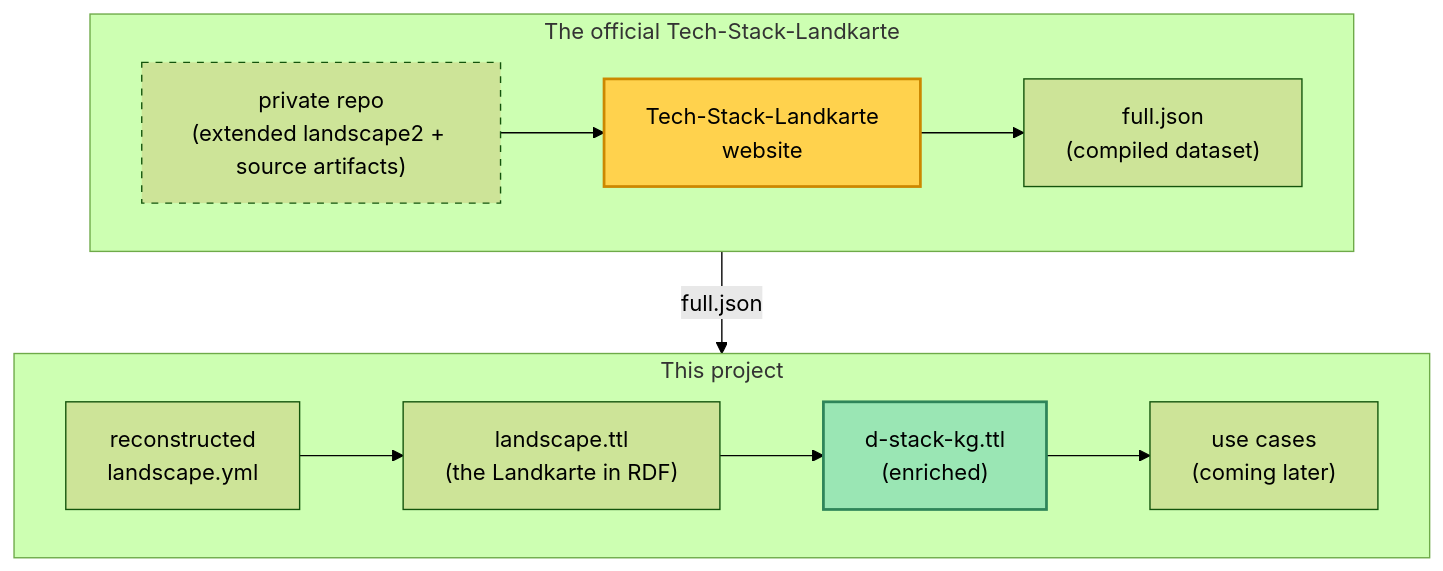
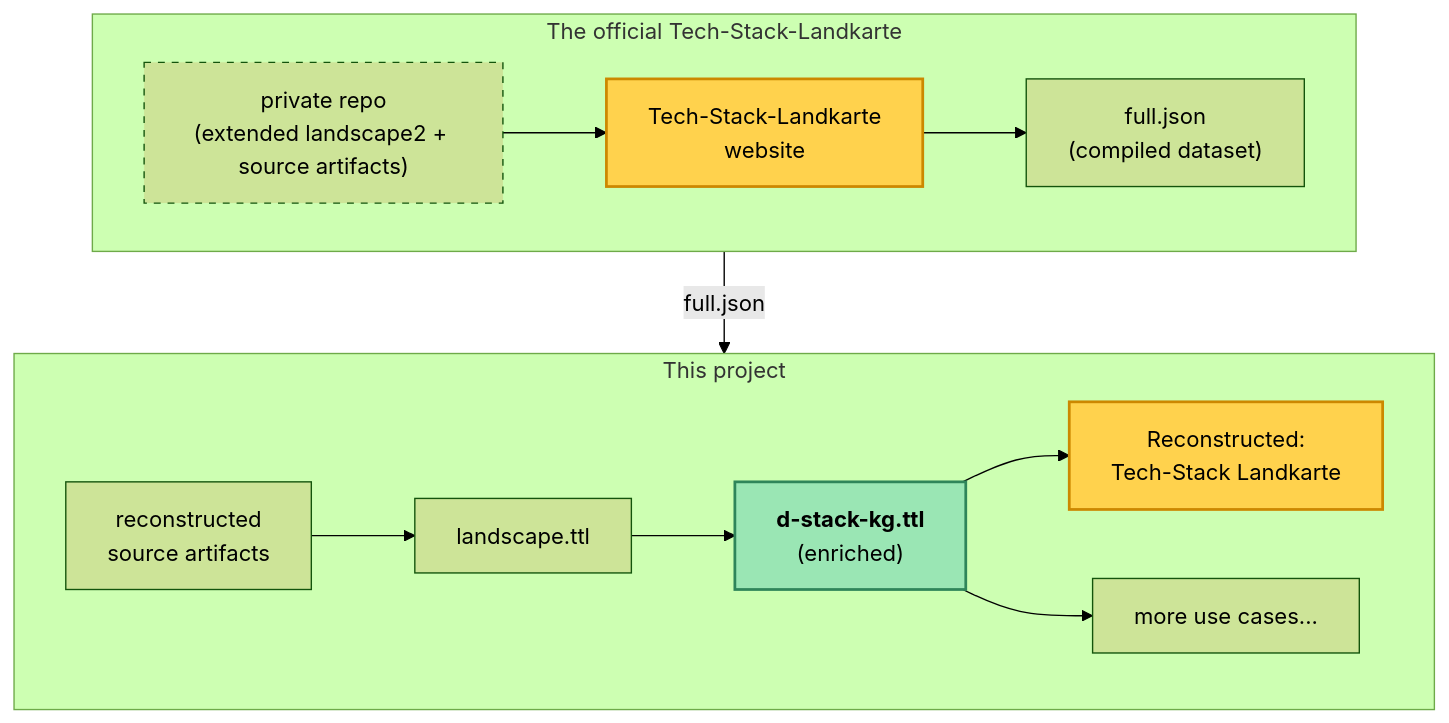
Before and after one commit to benjaminaaron/d-stack-kg: the diagram in README.md, drawn with Mermaid (forest theme). The commit also changed other lines of this file and 15 other files, not shown here.

Commit message:
Add landkarte-roundtrip as first use case

````diff
--- a/README.md
+++ b/README.md
@@ -7,19 +7,22 @@
 ```mermaid
     flowchart TB
     subgraph sq ["The official Tech-Stack-Landkarte"]
         direction LR
         repo["private repo<br/>(extended landscape2 + source artifacts)"] --> site["Tech-Stack-Landkarte<br/>website"] --> json["full.json<br/>(compiled dataset)"]
     end
     subgraph kg ["This project"]
         direction LR
-        yml["reconstructed<br/>landscape.yml"] --> ttl["landscape.ttl<br/>(the Landkarte in RDF)"] --> dstack["d-stack-kg.ttl<br/>(enriched)"] --> uc["use cases<br/>(coming later)"]
+        yml["reconstructed<br/>source artifacts"] --> ttl["landscape.ttl"] --> dstack["<b>d-stack-kg.ttl</b><br/>(enriched)"]
+        dstack --> roundtrip["Reconstructed:</br>Tech-Stack Landkarte"]
+        dstack --> more["more use cases..."]
     end
     sq -- "full.json" --> kg
 
     classDef private stroke-dasharray:5 5
     classDef key fill:#ffd24d,stroke:#cc8800,stroke-width:2px
     classDef goal fill:#9ae6b4,stroke:#2f855a,stroke-width:2px
     class repo private
     class site key
+    class roundtrip key
     class dstack goal
 ```
````
